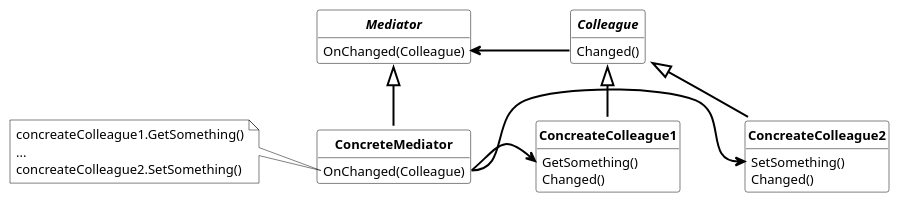
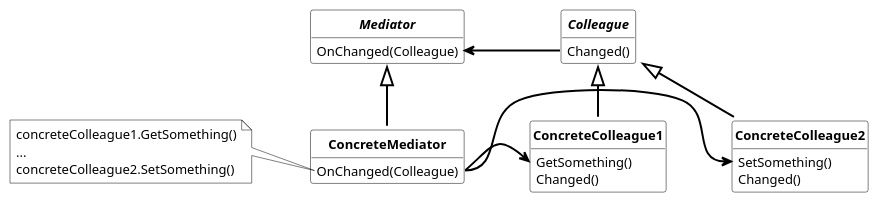
One commit to dst80/design-patterns changed the diagram in behavioral_patterns/mediator/mediator.md. Above: the diagram before and after it, drawn with PlantUML. The commit also changed 3 other files, not shown here.

````diff
--- a/behavioral_patterns/mediator/mediator.md
+++ b/behavioral_patterns/mediator/mediator.md
@@ -5,59 +5,59 @@
 ```plantuml
 @startuml mediator
 skinparam ranksep 50
 skinparam nodesep 50
 skinparam class {
   FontSize 13
   AttributeFontSize 13
   FontStyle bold
   BackgroundColor transparent
   BorderColor black
 }
 skinparam arrow {
   Color black
   FontColor black
   Thickness 2
 }
 skinparam note {
   BackgroundColor transparent
   BorderColor black
 }
 hide circle
 hide fields
 
 together {
     interface Mediator {
         OnChanged(Colleague)
     }
 
     class ConcreteMediator extends Mediator {
         OnChanged(Colleague)
     }
 
     note left of ConcreteMediator::OnChanged
-        concreateColleague1.GetSomething()
+        concreteColleague1.GetSomething()
         ...
-        concreateColleague2.SetSomething()
+        concreteColleague2.SetSomething()
     end note
 }
 
 together {
     interface Colleague {
         Changed()
     }
 
-    class ConcreateColleague1 extends Colleague {
+    class ConcreteColleague1 extends Colleague {
         GetSomething()
         Changed()
     }
-    class ConcreateColleague2 extends Colleague {
+    class ConcreteColleague2 extends Colleague {
         SetSomething()
         Changed()
     }
 }
 
 Mediator::OnChanged <- Colleague::Changed 
-ConcreteMediator::OnChanged -> ConcreateColleague1::GetSomething
-ConcreteMediator::OnChanged -> ConcreateColleague2::SetSomething
+ConcreteMediator::OnChanged -> ConcreteColleague1::GetSomething
+ConcreteMediator::OnChanged -> ConcreteColleague2::SetSomething
 @enduml
 ```
````
